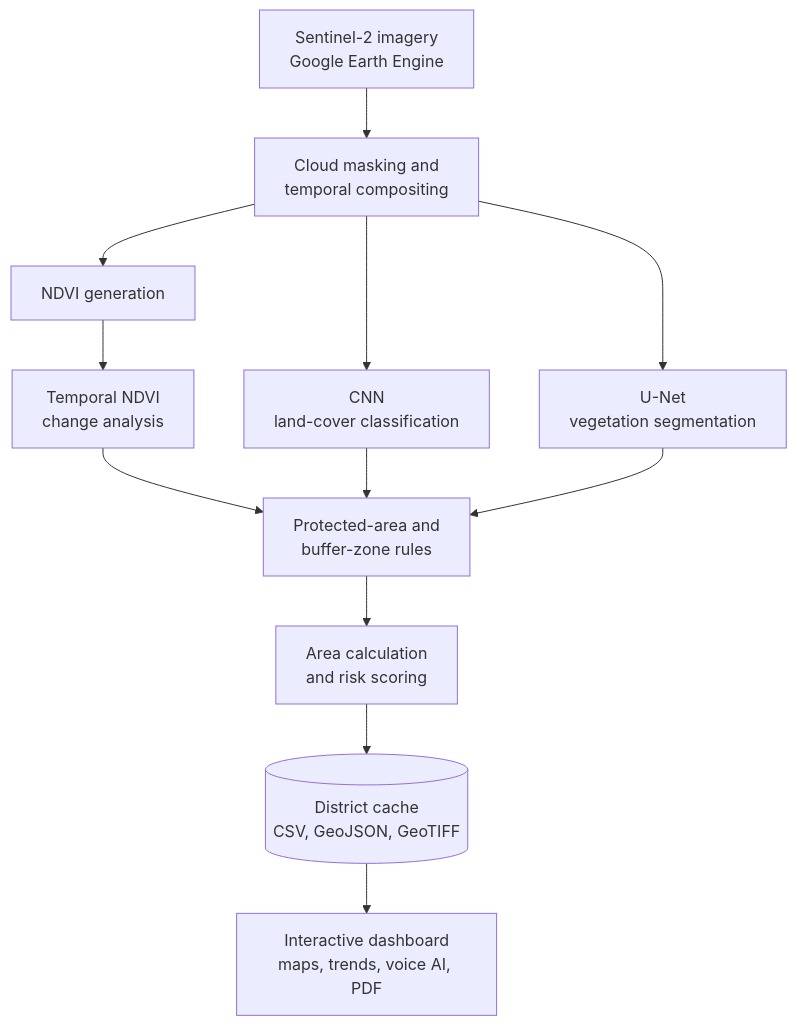
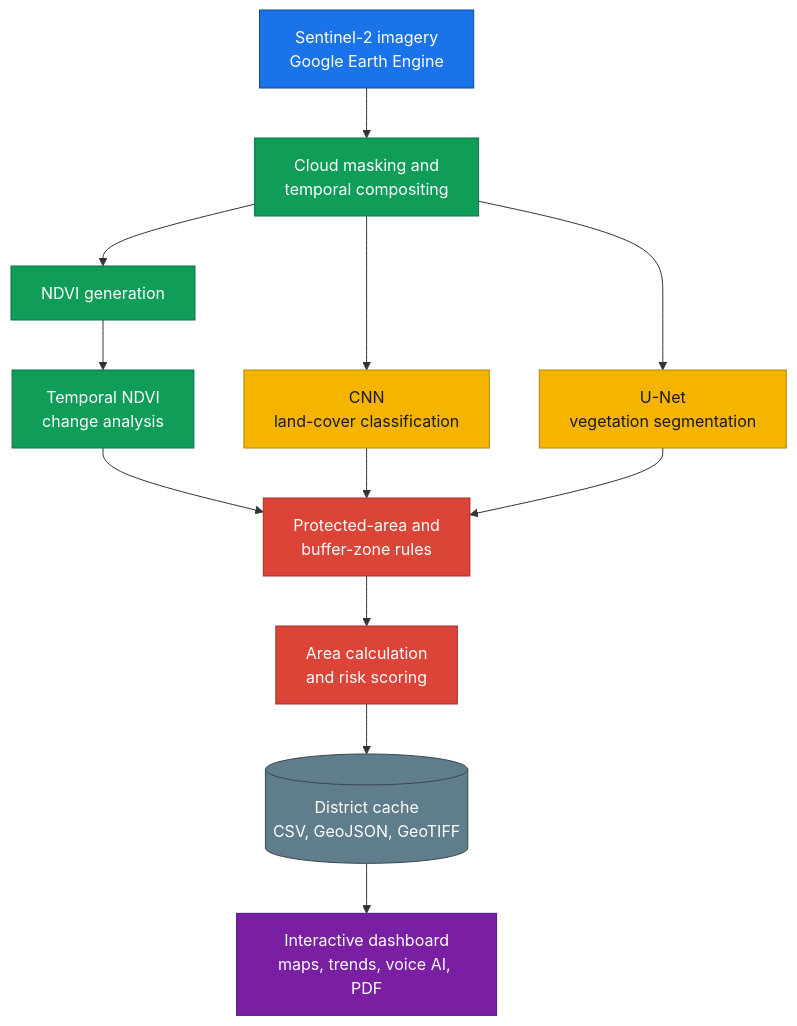
Before and after one commit to rvanusha1204-source/Geo_Vision_Plan-Net: the diagram in README.md, drawn with Mermaid. The commit also changed other lines of this file, not shown here.

````diff
--- a/README.md
+++ b/README.md
@@ -83,14 +82,21 @@
 ```mermaid
 flowchart TD
-    A[Sentinel-2 imagery<br/>Google Earth Engine] --> B[Cloud masking and<br/>temporal compositing]
-    B --> C[NDVI generation]
-    B --> D[CNN<br/>land-cover classification]
-    B --> E[U-Net<br/>vegetation segmentation]
-    C --> F[Temporal NDVI<br/>change analysis]
-    F --> G[Protected-area and<br/>buffer-zone rules]
+    A[Sentinel-2 imagery<br/>Google Earth Engine]:::source --> B[Cloud masking and<br/>temporal compositing]:::process
+    B --> C[NDVI generation]:::process
+    B --> D[CNN<br/>land-cover classification]:::ai
+    B --> E[U-Net<br/>vegetation segmentation]:::ai
+    C --> F[Temporal NDVI<br/>change analysis]:::process
+    F --> G[Protected-area and<br/>buffer-zone rules]:::risk
     D --> G
     E --> G
-    G --> H[Area calculation<br/>and risk scoring]
-    H --> I[(District cache<br/>CSV, GeoJSON, GeoTIFF)]
-    I --> J[Interactive dashboard<br/>maps, trends, voice AI, PDF]
+    G --> H[Area calculation<br/>and risk scoring]:::risk
+    H --> I[(District cache<br/>CSV, GeoJSON, GeoTIFF)]:::store
+    I --> J[Interactive dashboard<br/>maps, trends, voice AI, PDF]:::output
+
+    classDef source fill:#1a73e8,stroke:#0d47a1,color:#ffffff
+    classDef process fill:#0f9d58,stroke:#0b6e4f,color:#ffffff
+    classDef ai fill:#f4b400,stroke:#b38600,color:#1a1a1a
+    classDef risk fill:#db4437,stroke:#a33027,color:#ffffff
+    classDef store fill:#607d8b,stroke:#37474f,color:#ffffff
+    classDef output fill:#7b1fa2,stroke:#4a148c,color:#ffffff
 ```
````
